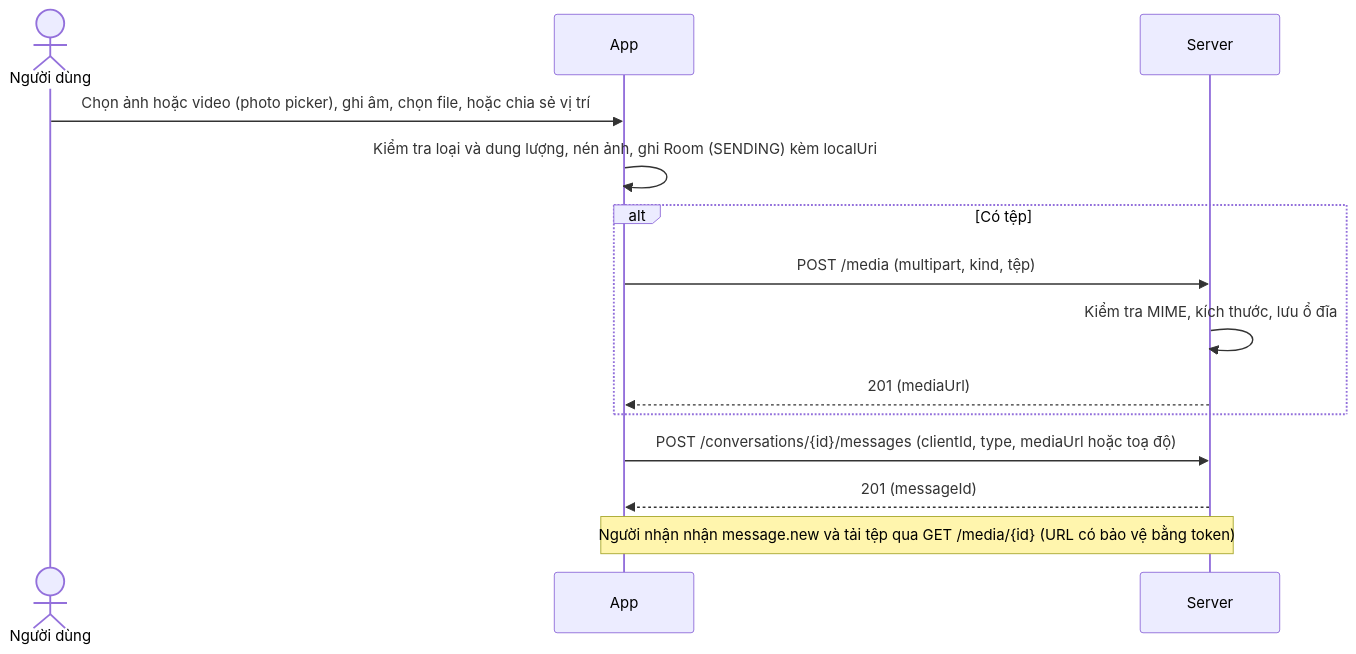
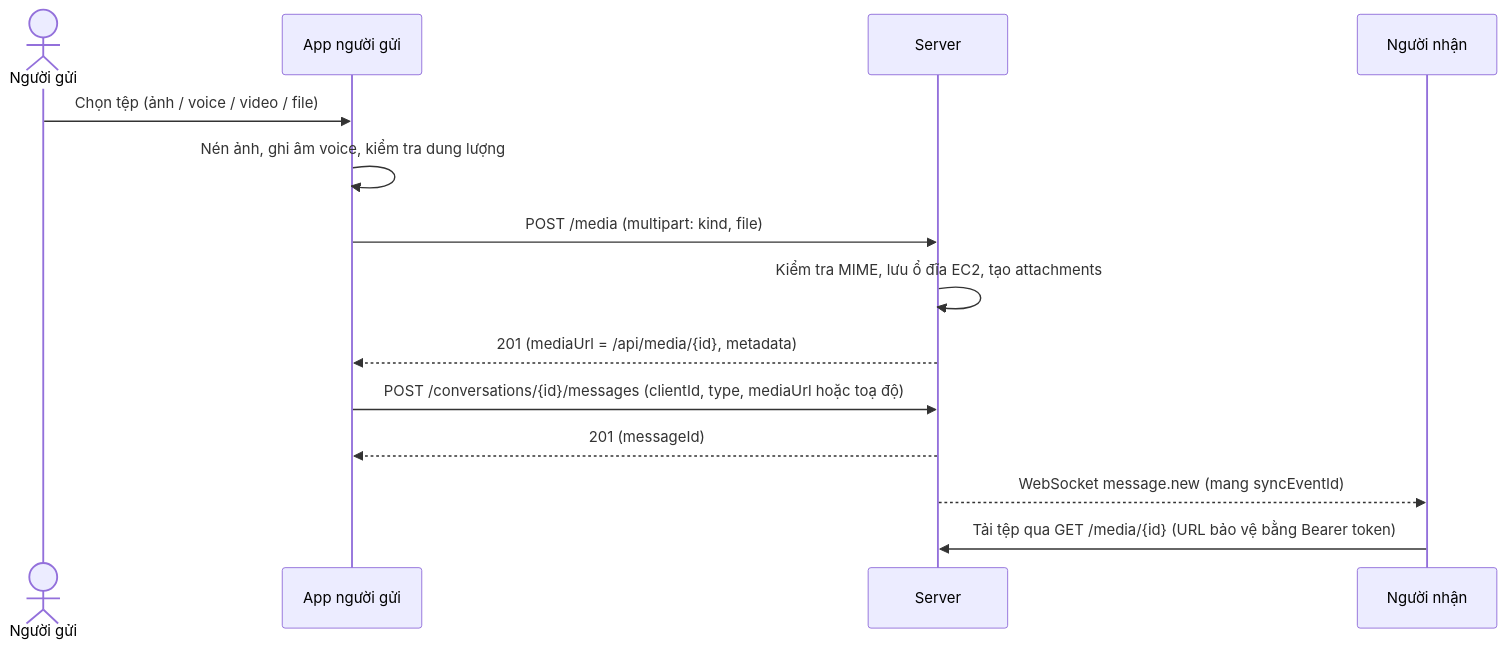
One commit to Project-Mobile-TEAM/Project_Mobile changed the seventh of 10 diagrams in docs/FLOWS.md. Above: the diagram before and after it, drawn with Mermaid. The commit also changed other lines of this file and 8 other files, not shown here.

Commit message:
docs: complete architecture specifications, API contract and deployment security

````diff
--- a/docs/FLOWS.md
+++ b/docs/FLOWS.md
@@ -328,16 +298,16 @@
 ```mermaid
 sequenceDiagram
-    actor U as Người dùng
-    participant A as App
+    actor A as Người gửi
+    participant App as App người gửi
     participant S as Server
-    U->>A: Chọn ảnh hoặc video (photo picker), ghi âm, chọn file, hoặc chia sẻ vị trí
-    A->>A: Kiểm tra loại và dung lượng, nén ảnh, ghi Room (SENDING) kèm localUri
-    alt Có tệp
-        A->>S: POST /media (multipart, kind, tệp)
-        S->>S: Kiểm tra MIME, kích thước, lưu ổ đĩa
-        S-->>A: 201 (mediaUrl)
-    end
-    A->>S: POST /conversations/{id}/messages (clientId, type, mediaUrl hoặc toạ độ)
-    S-->>A: 201 (messageId)
-    Note over A,S: Người nhận nhận message.new và tải tệp qua GET /media/{id} (URL có bảo vệ bằng token)
+    participant R as Người nhận
+    A->>App: Chọn tệp (ảnh / voice / video / file)
+    App->>App: Nén ảnh, ghi âm voice, kiểm tra dung lượng
+    App->>S: POST /media (multipart: kind, file)
+    S->>S: Kiểm tra MIME, lưu ổ đĩa EC2, tạo attachments
+    S-->>App: 201 (mediaUrl = /api/media/{id}, metadata)
+    App->>S: POST /conversations/{id}/messages (clientId, type, mediaUrl hoặc toạ độ)
+    S-->>App: 201 (messageId)
+    S-->>R: WebSocket message.new (mang syncEventId)
+    R->>S: Tải tệp qua GET /media/{id} (URL bảo vệ bằng Bearer token)
 ```
````
